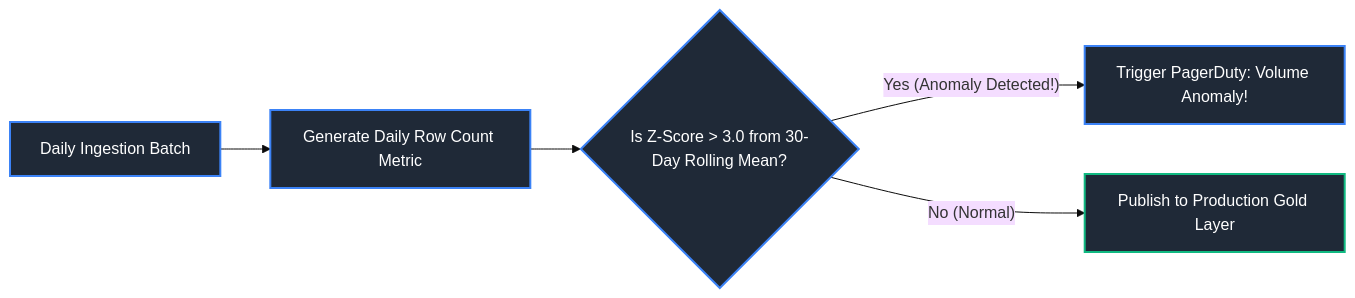
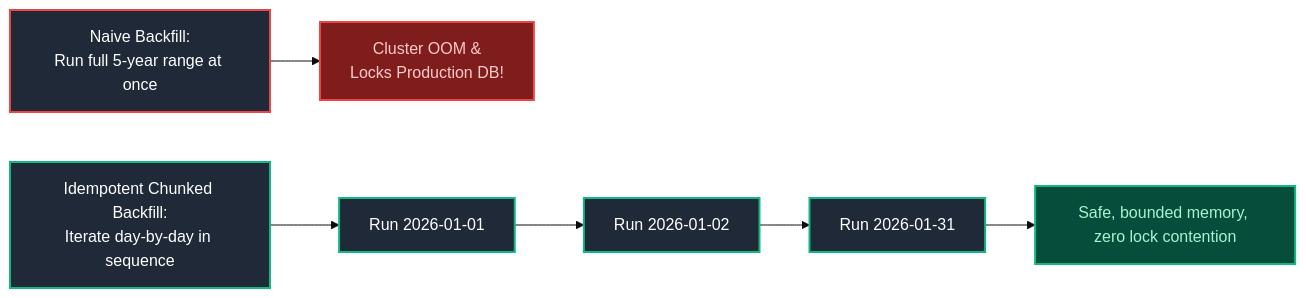
Before and after one commit to joydeep-biswas/Interview-Preparation: diagram 16 of 24 in Data Engineering/10_data_pipeline_design_and_ingestion.md, drawn with Mermaid (base theme). The commit also changed other lines of this file and 143 other files, not shown here.

````diff
--- a/Data Engineering/10_data_pipeline_design_and_ingestion.md
+++ b/Data Engineering/10_data_pipeline_design_and_ingestion.md
@@ -619,13 +1008,17 @@
 ```mermaid
 flowchart LR
-    DailyLoad["Daily Ingestion Batch"] --> MetricGen["Generate Daily Row Count Metric"]
-    MetricGen --> ZScore{"Is Z-Score > 3.0 from 30-Day Rolling Mean?"}
-    ZScore -- Yes (Anomaly Detected!) --> AlertEng["Trigger PagerDuty: Volume Anomaly!"]
-    ZScore -- No (Normal) --> Publish["Publish to Production Gold Layer"]
+    NaiveBackfill["Naive Backfill:<br/>Run full 5-year range at once"] --> Exhaust["Cluster OOM &<br/>Locks Production DB!"]
+    
+    PartitionedBackfill["Idempotent Chunked Backfill:<br/>Iterate day-by-day in sequence"] --> Chunk1["Run 2026-01-01"]
+    Chunk1 --> Chunk2["Run 2026-01-02"]
+    Chunk2 --> ChunkN["Run 2026-01-31"]
+    ChunkN --> Success["Safe, bounded memory, zero lock contention"]
 
-    style DailyLoad fill:#1f2937,stroke:#3b82f6,stroke-width:2px,color:#fff
-    style MetricGen fill:#1f2937,stroke:#3b82f6,stroke-width:2px,color:#fff
-    style ZScore fill:#1f2937,stroke:#3b82f6,stroke-width:2px,color:#fff
-    style AlertEng fill:#1f2937,stroke:#3b82f6,stroke-width:2px,color:#fff
-    style Publish fill:#1f2937,stroke:#10b981,stroke-width:2px,color:#fff
+    style NaiveBackfill fill:#1f2937,stroke:#ef4444,stroke-width:2px,color:#fff
+    style Exhaust fill:#7f1d1d,stroke:#ef4444,stroke-width:2px,color:#fecaca
+    style PartitionedBackfill fill:#1f2937,stroke:#10b981,stroke-width:2px,color:#fff
+    style Chunk1 fill:#1f2937,stroke:#10b981,stroke-width:2px,color:#fff
+    style Chunk2 fill:#1f2937,stroke:#10b981,stroke-width:2px,color:#fff
+    style ChunkN fill:#1f2937,stroke:#10b981,stroke-width:2px,color:#fff
+    style Success fill:#064e3b,stroke:#10b981,stroke-width:2px,color:#a7f3d0
 ```
````
